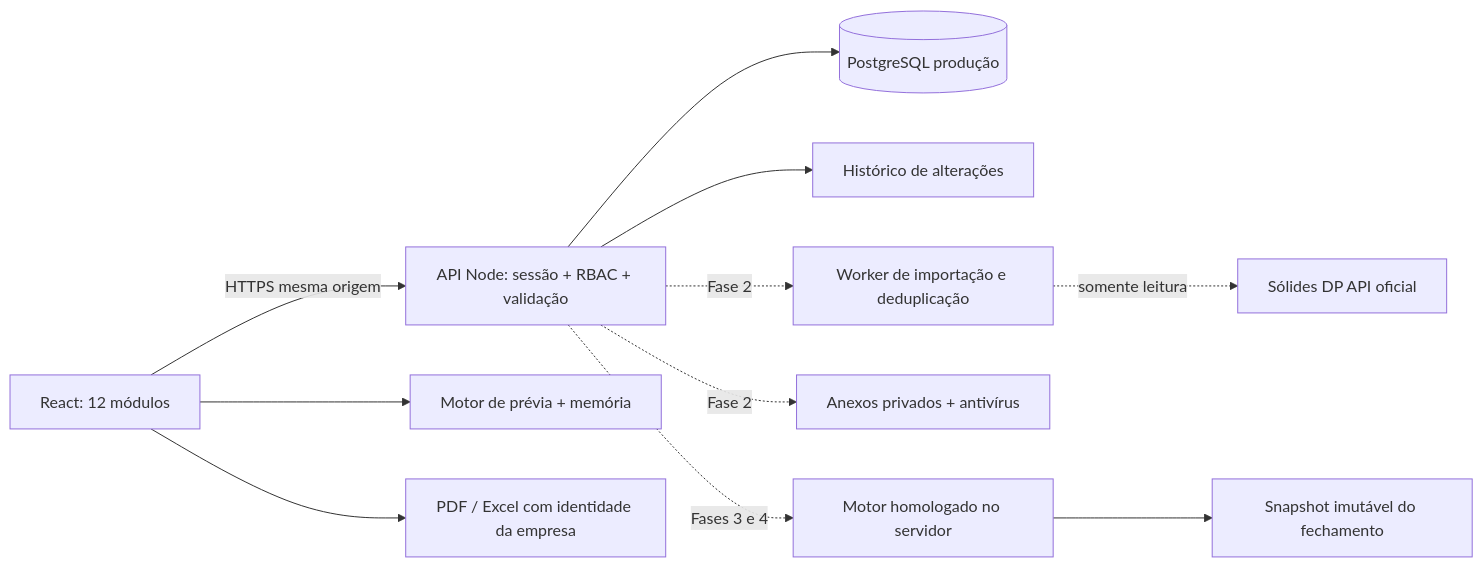
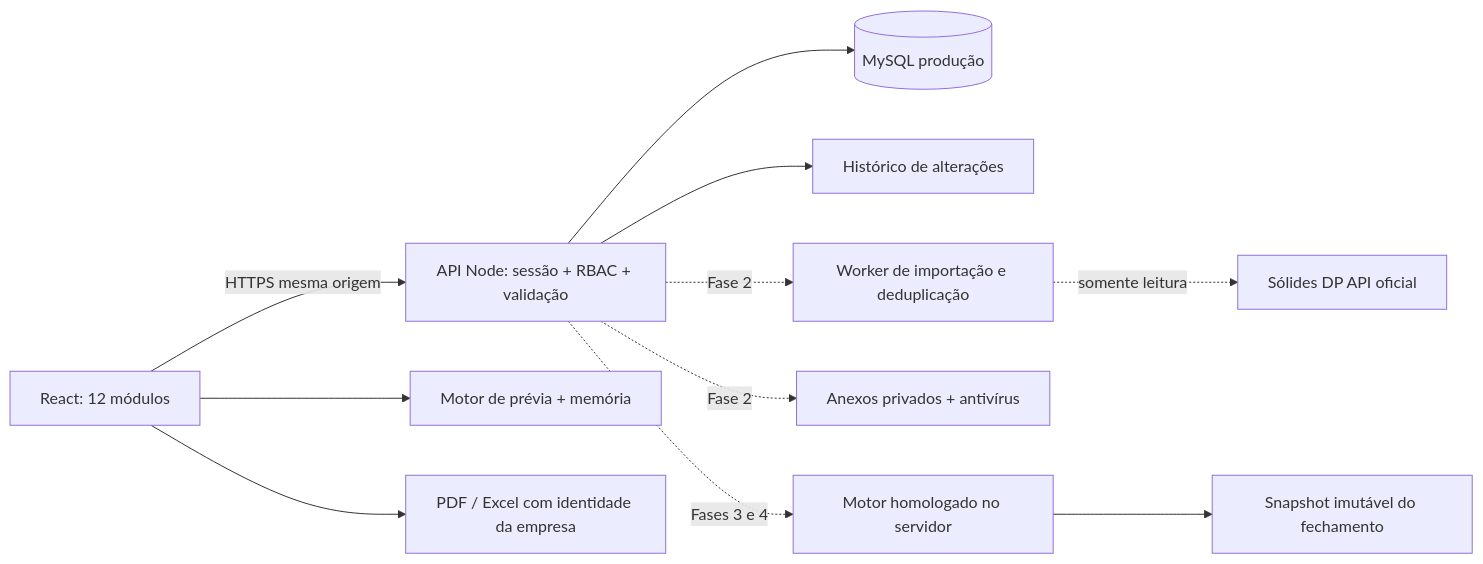
Before and after one commit to Kaizenmidias/credlar: the first of 2 diagrams in docs/ARQUITETURA.md, drawn with Mermaid. The commit also changed other lines of this file and 12 other files, not shown here.

````diff
--- a/docs/ARQUITETURA.md
+++ b/docs/ARQUITETURA.md
@@ -22,13 +22,13 @@
 ```mermaid
 flowchart LR
   UI[React: 12 módulos] -->|HTTPS mesma origem| API[API Node: sessão + RBAC + validação]
-  API --> DB[(PostgreSQL produção)]
+  API --> DB[(MySQL produção)]
   API --> LOG[Histórico de alterações]
   API -. Fase 2 .-> JOB[Worker de importação e deduplicação]
   JOB -. somente leitura .-> SOL[Sólides DP API oficial]
   API -. Fase 2 .-> FILE[Anexos privados + antivírus]
   UI --> PRE[Motor de prévia + memória]
   API -. Fases 3 e 4 .-> MOTOR[Motor homologado no servidor]
   MOTOR --> SNAP[Snapshot imutável do fechamento]
   UI --> EXP[PDF / Excel com identidade da empresa]
 ```
````
